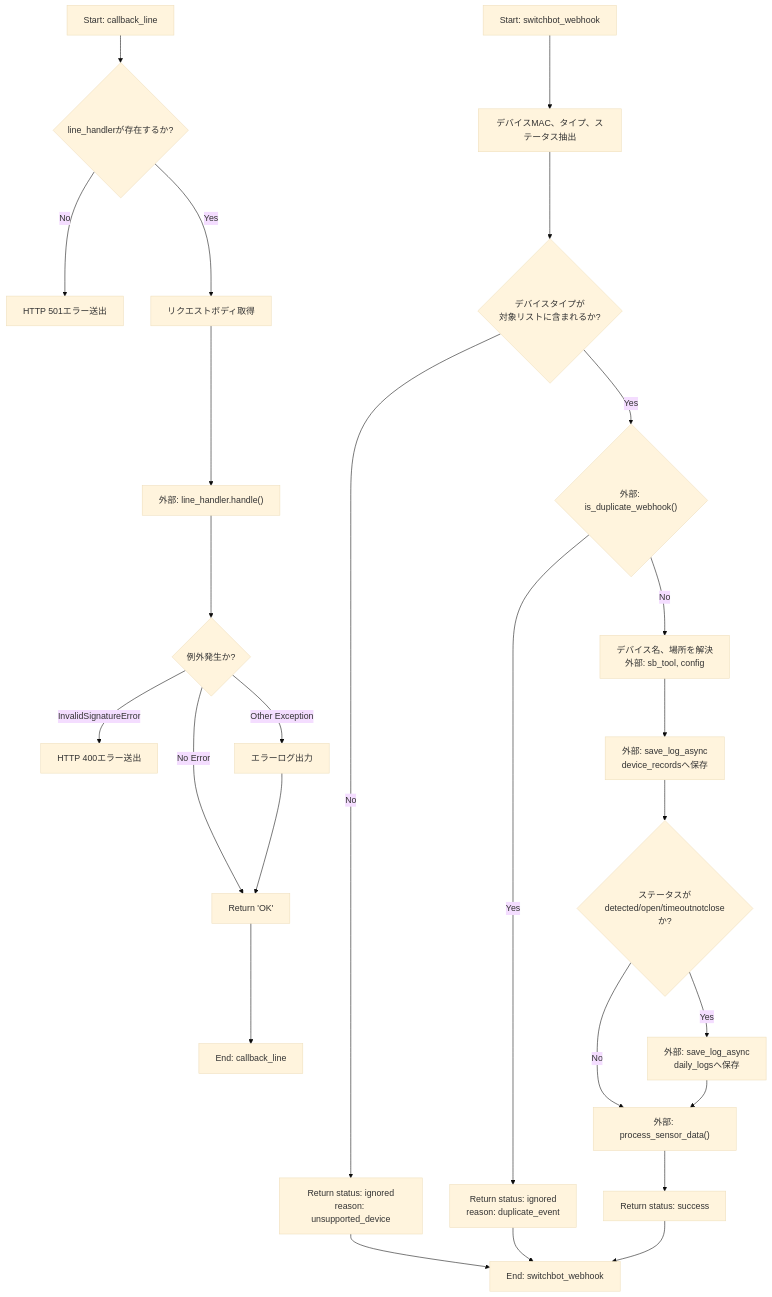
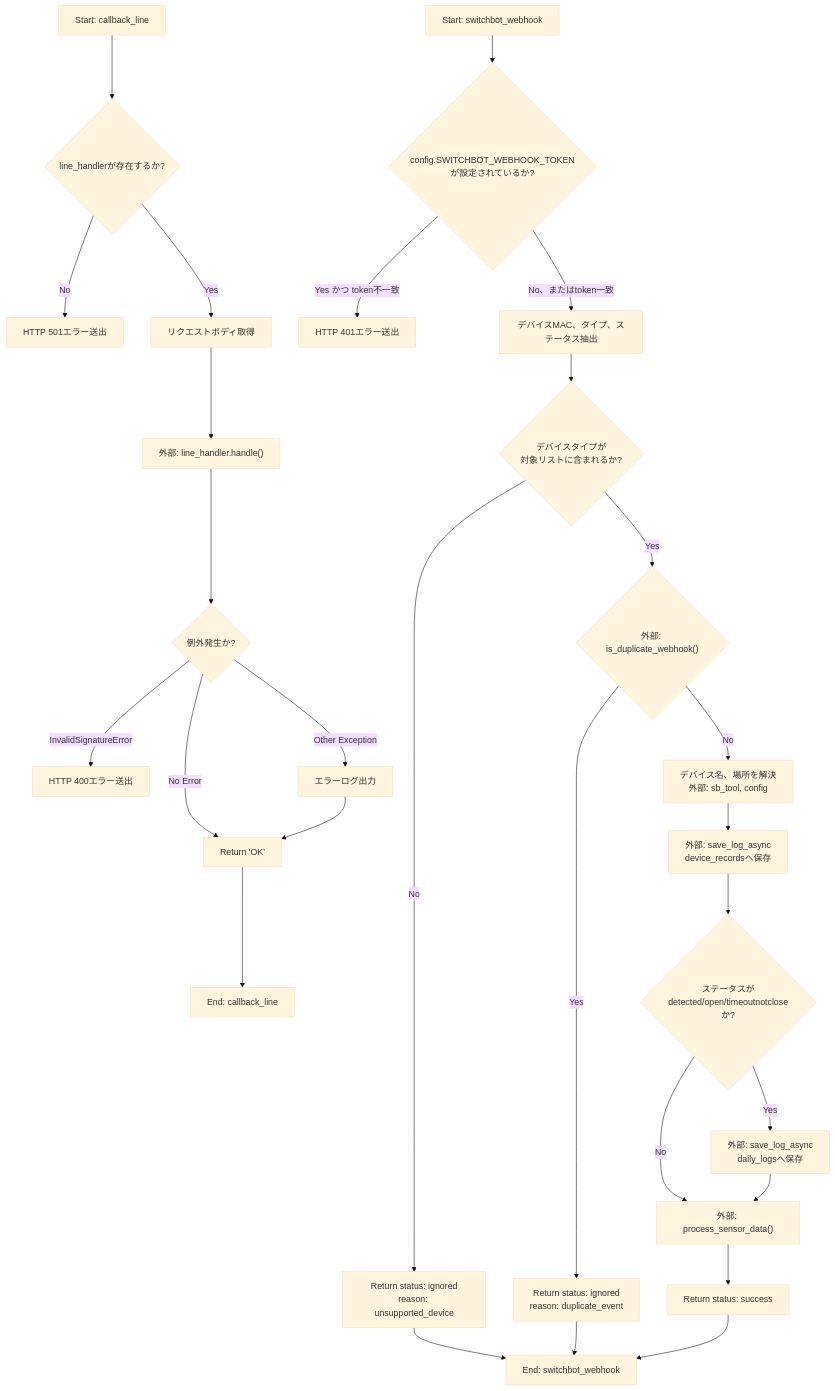
The first of 2 diagrams in docs/specifications/MY_HOME_SYSTEM/webhook_router.md (mmtigers/my_python_project), drawn with Mermaid (base theme) before and after one commit. The commit also changed other lines of this file and 8 other files, not shown here.

````diff
--- a/docs/specifications/MY_HOME_SYSTEM/webhook_router.md
+++ b/docs/specifications/MY_HOME_SYSTEM/webhook_router.md
@@ -115,33 +120,35 @@
 ```mermaid
 flowchart TD
     %% callback_lineのフロー
     StartLine["Start: callback_line"] --> CheckConfig{"line_handlerが存在するか?"}
     CheckConfig -->|"No"| Raise501["HTTP 501エラー送出"]
     CheckConfig -->|"Yes"| GetBody["リクエストボディ取得"]
     GetBody --> CallHandle["外部: line_handler.handle()"]
     CallHandle --> CheckError{"例外発生か?"}
     CheckError -->|"InvalidSignatureError"| Raise400["HTTP 400エラー送出"]
     CheckError -->|"Other Exception"| LogError["エラーログ出力"]
     CheckError -->|"No Error"| ReturnOK["Return 'OK'"]
     LogError --> ReturnOK
     ReturnOK --> EndLine["End: callback_line"]
 
     %% switchbot_webhookのフロー
-    StartSB["Start: switchbot_webhook"] --> ExtractBody["デバイスMAC、タイプ、ステータス抽出"]
+    StartSB["Start: switchbot_webhook"] --> CheckToken{"config.SWITCHBOT_WEBHOOK_TOKEN<br>が設定されているか?"}
+    CheckToken -->|"Yes かつ token不一致"| Raise401["HTTP 401エラー送出"]
+    CheckToken -->|"No、またはtoken一致"| ExtractBody["デバイスMAC、タイプ、ステータス抽出"]
     ExtractBody --> CheckDeviceType{"デバイスタイプが<br>対象リストに含まれるか?"}
     CheckDeviceType -->|"No"| ReturnIgnored1["Return status: ignored<br>reason: unsupported_device"]
     CheckDeviceType -->|"Yes"| CheckDuplicate{"外部: is_duplicate_webhook()"}
     CheckDuplicate -->|"Yes"| ReturnIgnored2["Return status: ignored<br>reason: duplicate_event"]
     CheckDuplicate -->|"No"| ResolveDeviceInfo["デバイス名、場所を解決<br>外部: sb_tool, config"]
     ResolveDeviceInfo --> SaveLog1["外部: save_log_async<br>device_recordsへ保存"]
     SaveLog1 --> CheckState{"ステータスが<br>detected/open/timeoutnotcloseか?"}
     CheckState -->|"Yes"| SaveLog2["外部: save_log_async<br>daily_logsへ保存"]
     CheckState -->|"No"| CallSensorService["外部: process_sensor_data()"]
     SaveLog2 --> CallSensorService
     CallSensorService --> ReturnSuccess["Return status: success"]
     
     ReturnIgnored1 --> EndSB["End: switchbot_webhook"]
     ReturnIgnored2 --> EndSB
     ReturnSuccess --> EndSB
 
 ```
````
